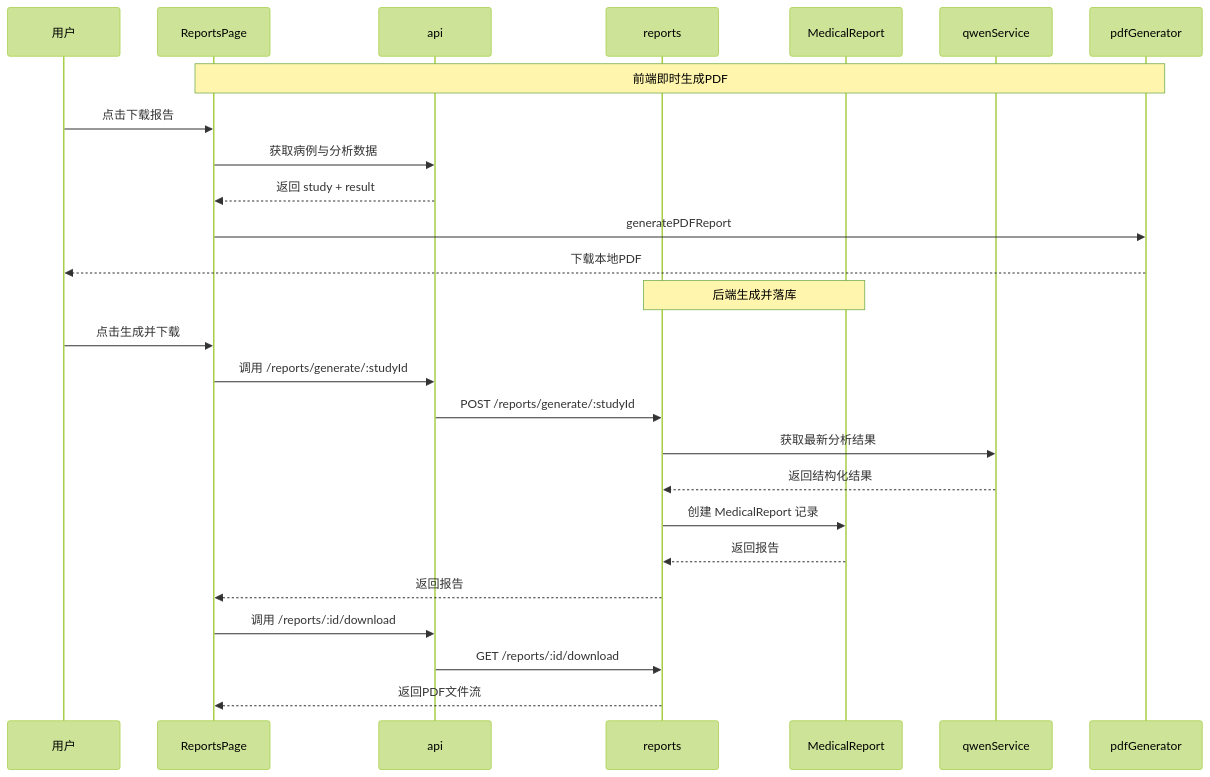
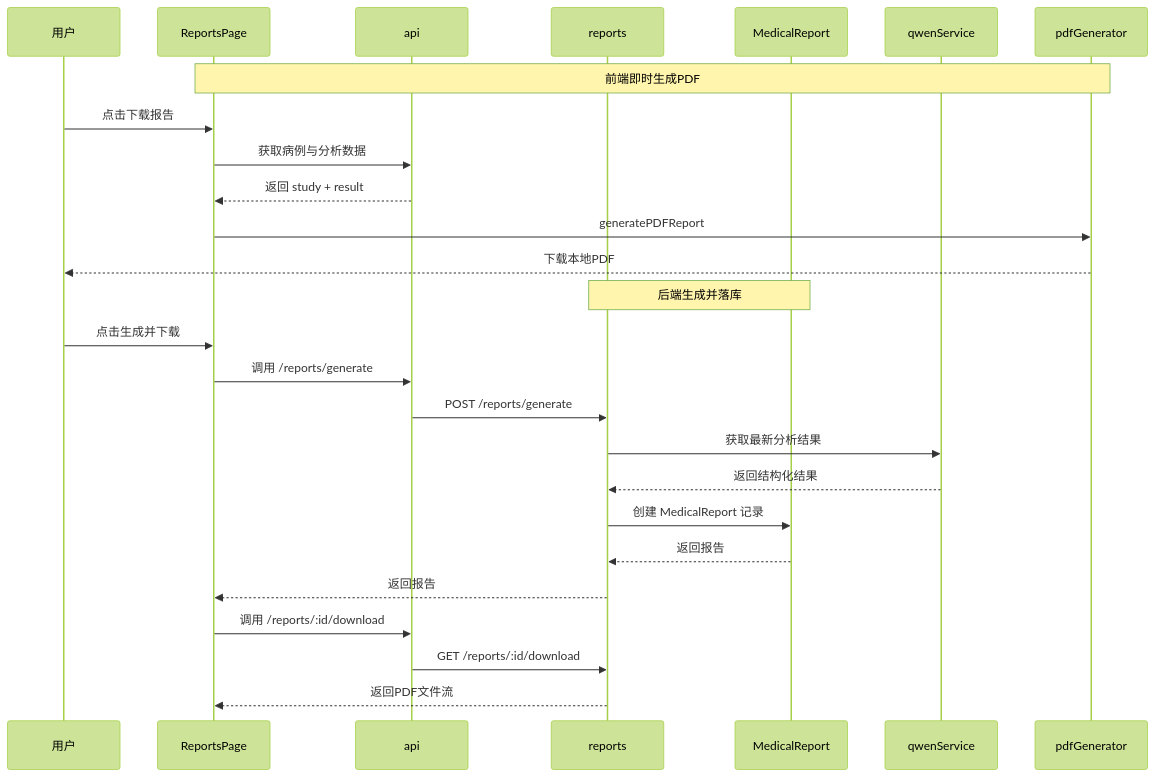
The second of 7 diagrams in wiki/后端架构/API端点参考/报告管理API/PDF报告生成说明.md (xingranya/CervixDetectAI), drawn with Mermaid (forest theme) before and after one commit. The commit also changed other lines of this file and 10 other files, not shown here.

````diff
--- a/wiki/后端架构/API端点参考/报告管理API/PDF报告生成说明.md
+++ b/wiki/后端架构/API端点参考/报告管理API/PDF报告生成说明.md
@@ -103,28 +114,28 @@
 ```mermaid
 sequenceDiagram
 participant U as 用户
 participant UI as ReportsPage
 participant API as api
 participant R as reports
 participant M as MedicalReport
 participant Q as qwenService
 participant PDF as pdfGenerator
 Note over UI,PDF : 前端即时生成PDF
 U->>UI : 点击下载报告
 UI->>API : 获取病例与分析数据
 API-->>UI : 返回 study + result
 UI->>PDF : generatePDFReport
 PDF-->>U : 下载本地PDF
 Note over R,M : 后端生成并落库
 U->>UI : 点击生成并下载
-UI->>API : 调用 /reports/generate/:studyId
-API->>R : POST /reports/generate/:studyId
+UI->>API : 调用 /reports/generate
+API->>R : POST /reports/generate
 R->>Q : 获取最新分析结果
 Q-->>R : 返回结构化结果
 R->>M : 创建 MedicalReport 记录
 M-->>R : 返回报告
 R-->>UI : 返回报告
 UI->>API : 调用 /reports/:id/download
 API->>R : GET /reports/:id/download
 R-->>UI : 返回PDF文件流
 ```
````
